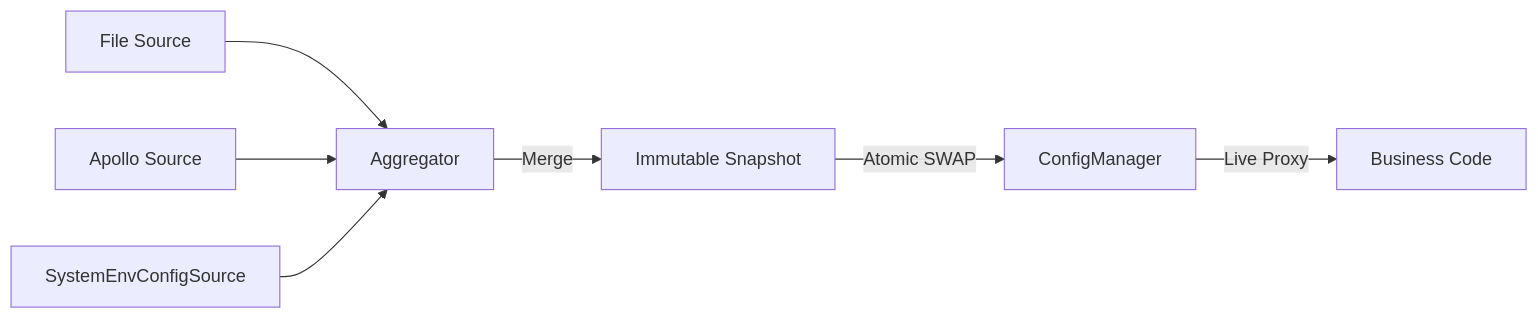
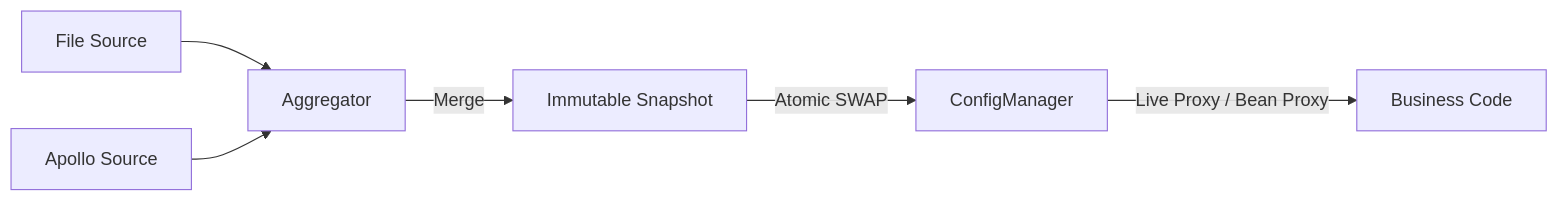
The diagram in team4u-config/team4u-config-core/README.md (team4u/team4u-framework), drawn with Mermaid before and after one commit. The commit also changed other lines of this file and 6 other files, not shown here.

First line of the commit message:
refactor(config): 使用 team4u-proxy 统一构建配置代理并支持普通 Java Bean

````diff
--- a/team4u-config/team4u-config-core/README.md
+++ b/team4u-config/team4u-config-core/README.md
@@ -483,9 +246,8 @@
 ```mermaid
 graph LR
     S1[File Source] --> A[Aggregator]
     S2[Apollo Source] --> A
-    S3[SystemEnvConfigSource] --> A
     A --> |Merge| Snapshot[Immutable Snapshot]
     Snapshot --> |Atomic SWAP| Manager[ConfigManager]
-    Manager --> |Live Proxy| Business[Business Code]
+    Manager --> |Live Proxy / Bean Proxy| Business[Business Code]
 ```
````
